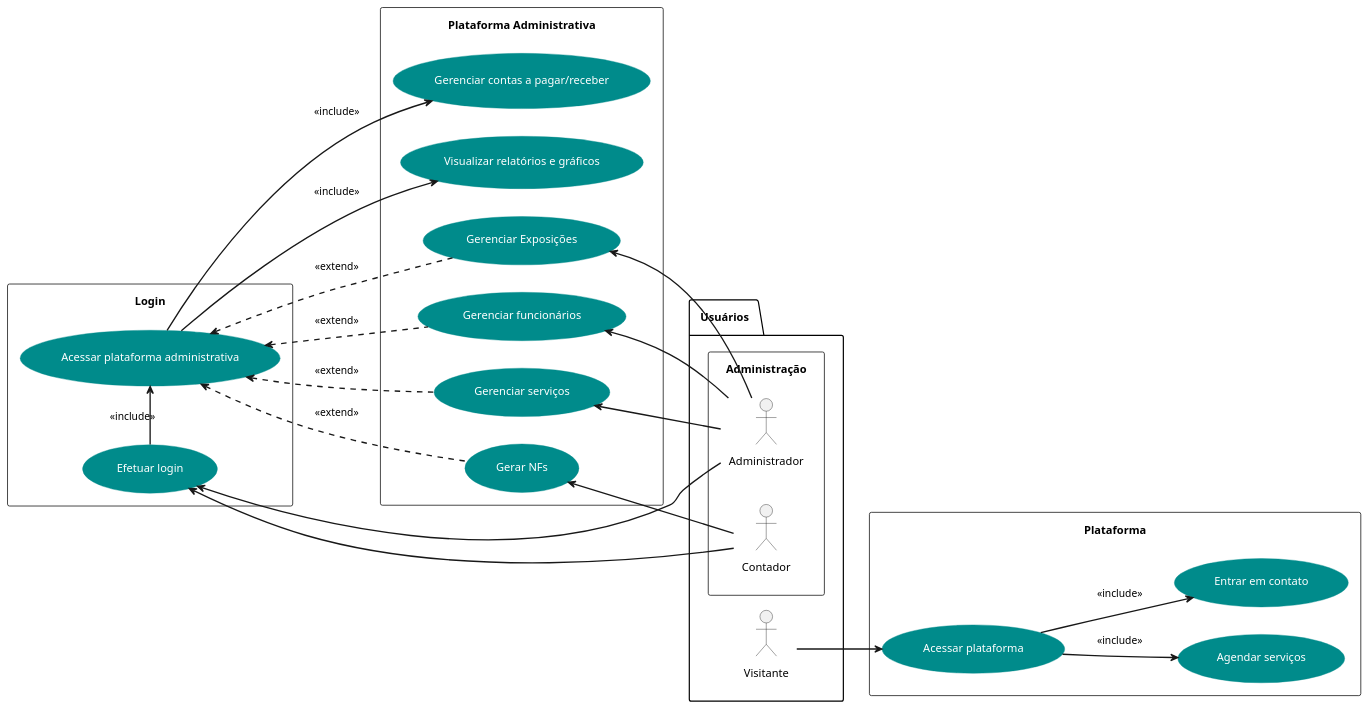
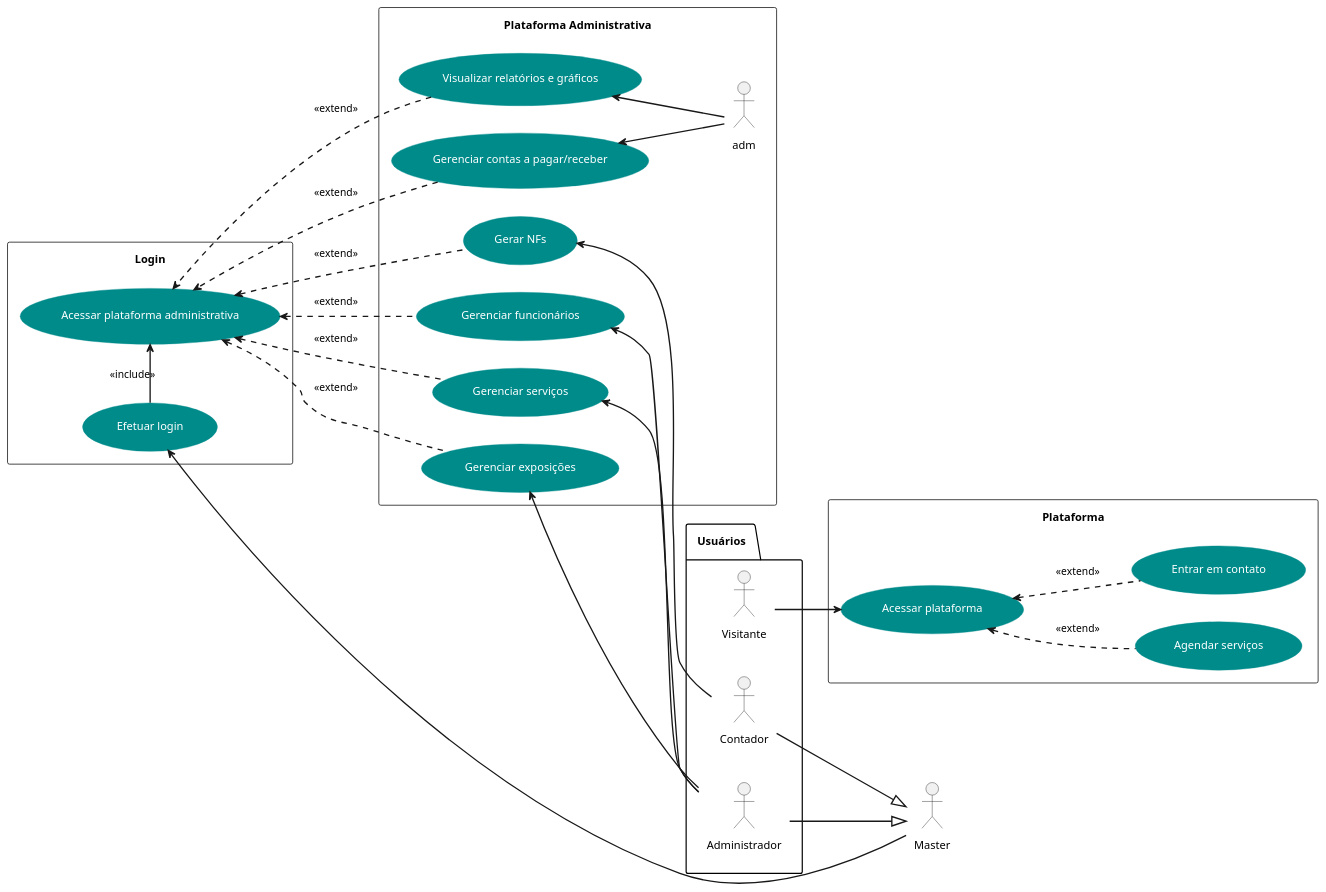
Before and after one commit to eslrzr/tcc: the diagram in storage/diagrams/ucd-v1.wsd, drawn with PlantUML.

Commit message:
Ajustes orientação 24/04

```diff
--- a/storage/diagrams/ucd-v1.wsd
+++ b/storage/diagrams/ucd-v1.wsd
@@ -1,62 +1,66 @@
 @startuml ucd-v1
 left to right direction
 skinparam usecase {
   BackgroundColor darkcyan
   BorderColor darkcyan
   FontColor white
 }
 
 skinparam arrow {
     ArrowColor black
     Thickness 1.7
 }
 
 skinparam Linetype linear
 skinparam Padding 10
 
+actor "Master" as master
+
 package "Usuários" {
-    rectangle "Administração" {
-        actor "Administrador" as admin
-        actor "Contador" as contador
-    }
+    actor "Administrador" as admin
+    actor "Contador" as contador
     actor "Visitante" as visitante
 }
 
+' Master engloba todos os usuários de administração
+admin --|> master
+contador --|> master
 
 rectangle "Login" as login {
     usecase "Efetuar login" as efetuarLogin
     usecase "Acessar plataforma administrativa" as acessarAdminitstrativo
-    admin -u-> (efetuarLogin)
-    contador -u-> (efetuarLogin)
+    master -u-> (efetuarLogin)
     (efetuarLogin) -l-> (acessarAdminitstrativo) : <<include>>
 }
 
 rectangle "Plataforma Administrativa" as plataformaAdministrativa {
     usecase "Gerenciar funcionários" as gerenciarFuncionarios
     usecase "Visualizar relatórios e gráficos" as relatoriosGraficos
     usecase "Gerenciar contas a pagar/receber" as gerenciarContas
     usecase "Gerenciar serviços" as gerenciarServicos
     usecase "Gerar NFs" as gerarNFs
-    usecase "Gerenciar Exposições" as gerenciarExposicoes
+    usecase "Gerenciar exposições" as gerenciarExposicoes
     admin -u-> (gerenciarFuncionarios)
     (gerenciarFuncionarios) .u.> (acessarAdminitstrativo) : <<extend>>
     admin -u-> (gerenciarExposicoes)
     (gerenciarExposicoes) .u.> (acessarAdminitstrativo) : <<extend>>
     admin -u-> (gerenciarServicos)
     (gerenciarServicos) .u.> (acessarAdminitstrativo) : <<extend>>
-    (acessarAdminitstrativo) -u-> (relatoriosGraficos) : <<include>>
-    (acessarAdminitstrativo) -u-> (gerenciarContas) : <<include>>
+    adm -u-> (relatoriosGraficos)
+    (acessarAdminitstrativo) <.u. (relatoriosGraficos) : <<extend>>
+    adm -u-> (gerenciarContas)
+    (acessarAdminitstrativo) <.u. (gerenciarContas) : <<extend>>
     contador -u-> (gerarNFs)
     (gerarNFs) .u.> (acessarAdminitstrativo) : <<extend>>
 }
 
 rectangle "Plataforma" as plataforma {
     usecase "Acessar plataforma" as acessarPlataforma
     usecase "Agendar serviços" as agendarServicos
     usecase "Entrar em contato" as contato
     visitante -d-> (acessarPlataforma)
-    (acessarPlataforma) -d-> (agendarServicos) : <<include>>
-    (acessarPlataforma) -d-> (contato) : <<include>>
+    (acessarPlataforma) <.d. (agendarServicos) : <<extend>>
+    (acessarPlataforma) <.d. (contato) : <<extend>>
 }
 
 @enduml
```
